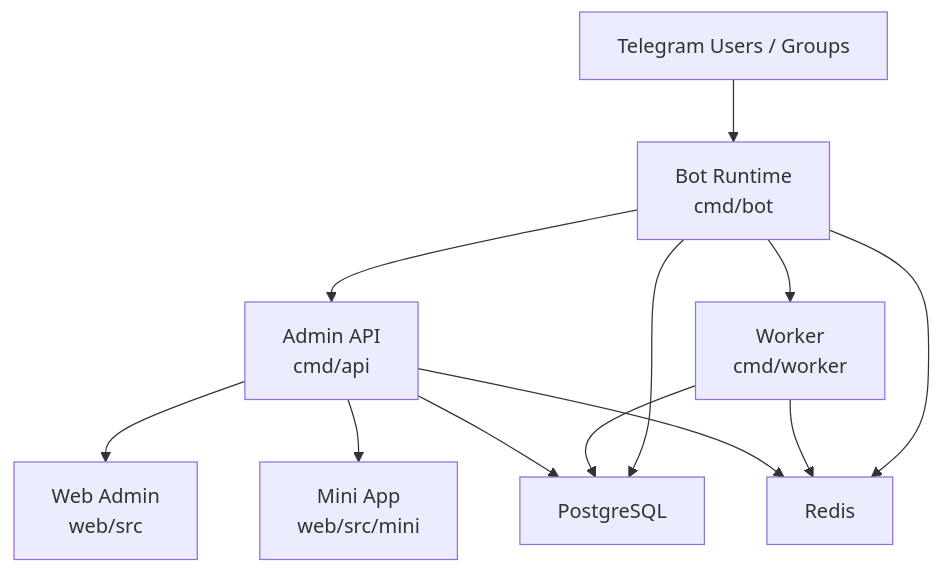
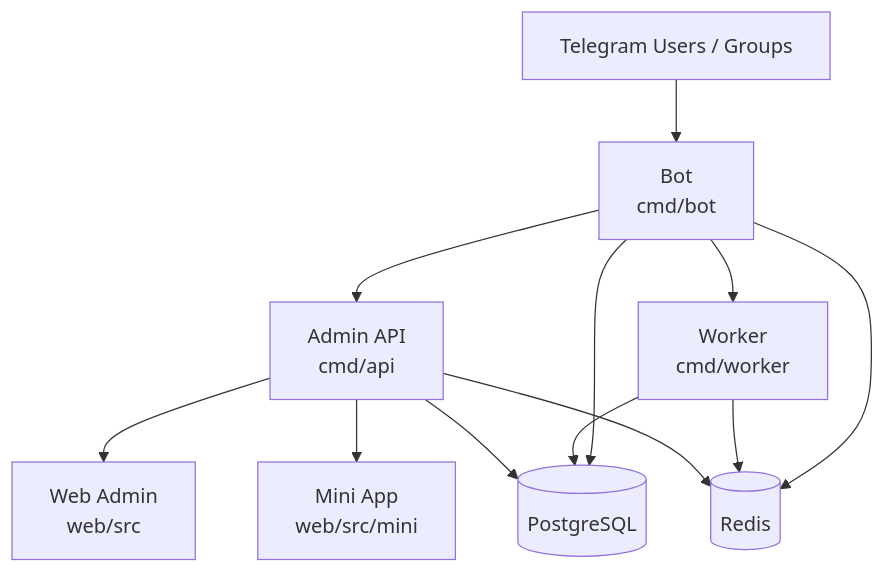
Before and after one commit to royp888/sola-bot: the diagram in README.md, drawn with Mermaid. The commit also changed other lines of this file and 2 other files, not shown here.

````diff
--- a/README.md
+++ b/README.md
@@ -168,14 +29,14 @@
 ```mermaid
 flowchart TD
-    TG["Telegram Users / Groups"] --> BOT["Bot Runtime\ncmd/bot"]
+    TG["Telegram Users / Groups"] --> BOT["Bot\ncmd/bot"]
     BOT --> API["Admin API\ncmd/api"]
     BOT --> WORKER["Worker\ncmd/worker"]
     API --> WEB["Web Admin\nweb/src"]
     API --> MINI["Mini App\nweb/src/mini"]
-    API --> PG["PostgreSQL"]
-    API --> REDIS["Redis"]
+    API --> PG[("PostgreSQL")]
+    API --> REDIS[("Redis")]
     WORKER --> PG
     WORKER --> REDIS
     BOT --> PG
     BOT --> REDIS
 ```
````
